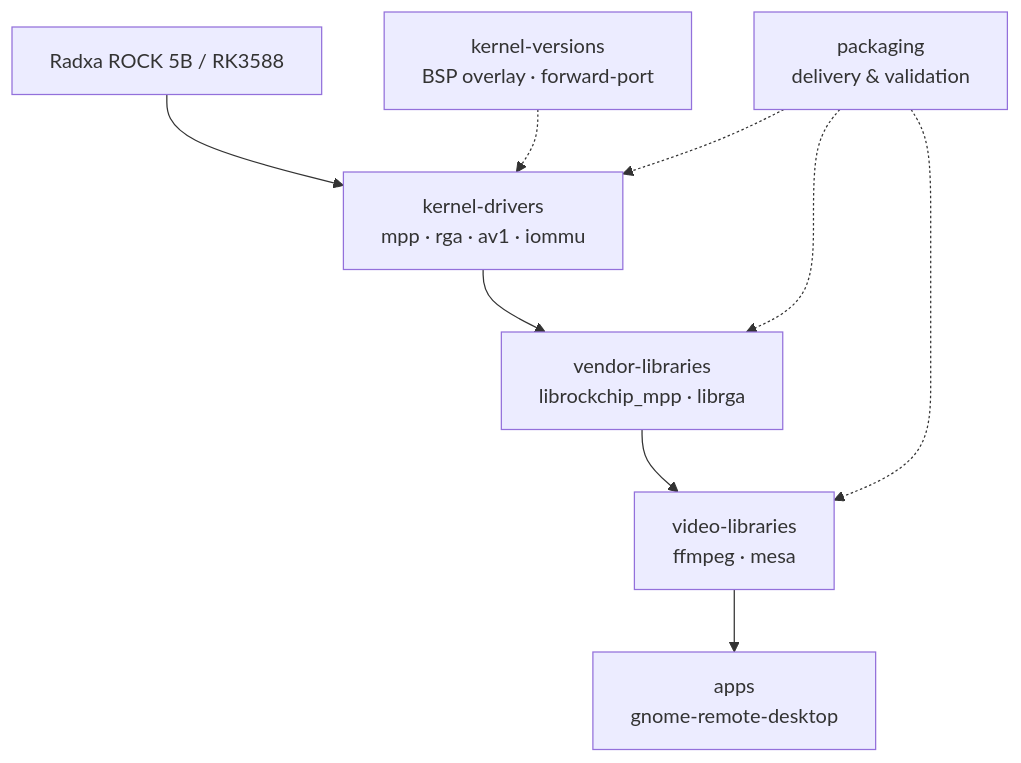
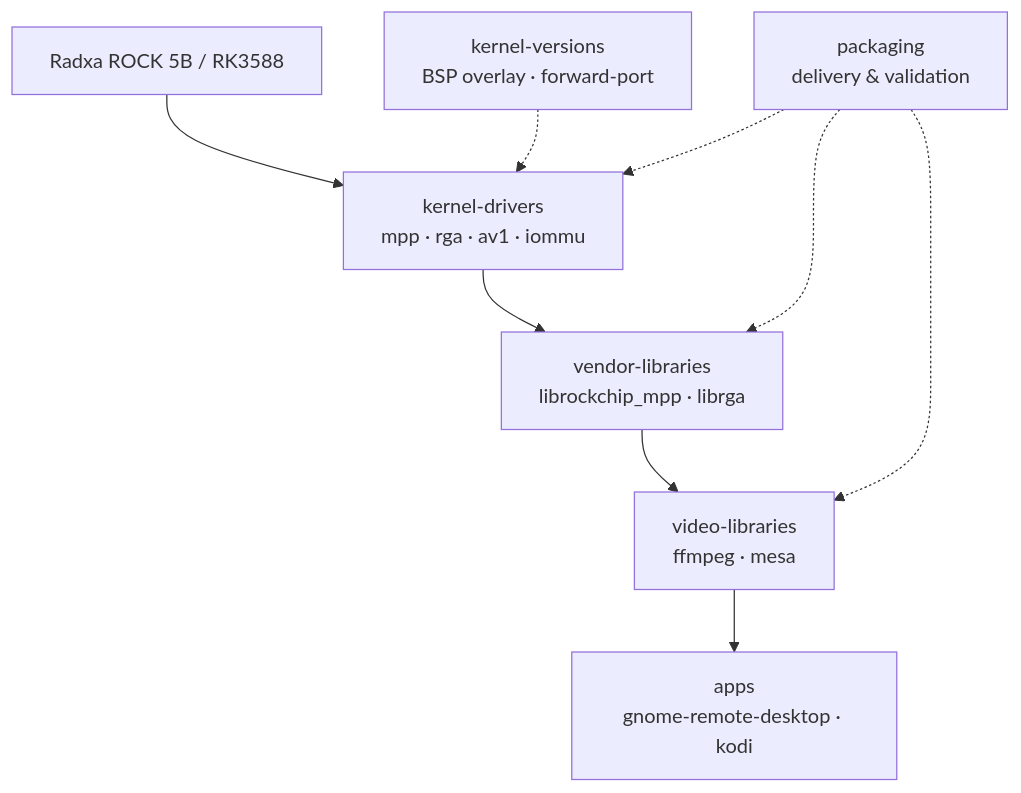
The diagram in README.md (yisding/rock-5b-ysp), drawn with Mermaid before and after one commit. The commit also changed other lines of this file and 22 other files, not shown here.

````diff
--- a/README.md
+++ b/README.md
@@ -58,17 +58,17 @@
 ```mermaid
 flowchart TB
   board["Radxa ROCK 5B / RK3588"]
   kver["kernel-versions<br/>BSP overlay · forward-port"]
   kernel["kernel-drivers<br/>mpp · rga · av1 · iommu"]
   libs["vendor-libraries<br/>librockchip_mpp · librga"]
   video["video-libraries<br/>ffmpeg · mesa"]
-  apps["apps<br/>gnome-remote-desktop"]
+  apps["apps<br/>gnome-remote-desktop · kodi"]
   packaging["packaging<br/>delivery & validation"]
 
   board --> kernel
   kver -.-> kernel
   kernel --> libs --> video --> apps
   packaging -.-> kernel
   packaging -.-> libs
   packaging -.-> video
 ```
````
